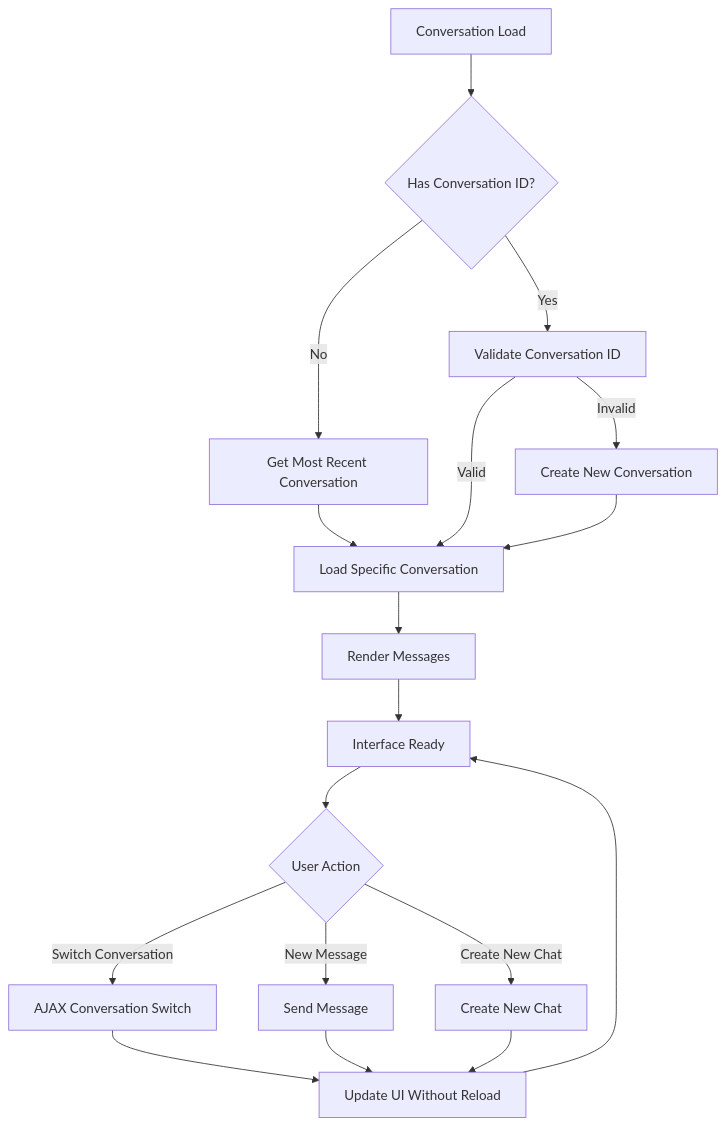
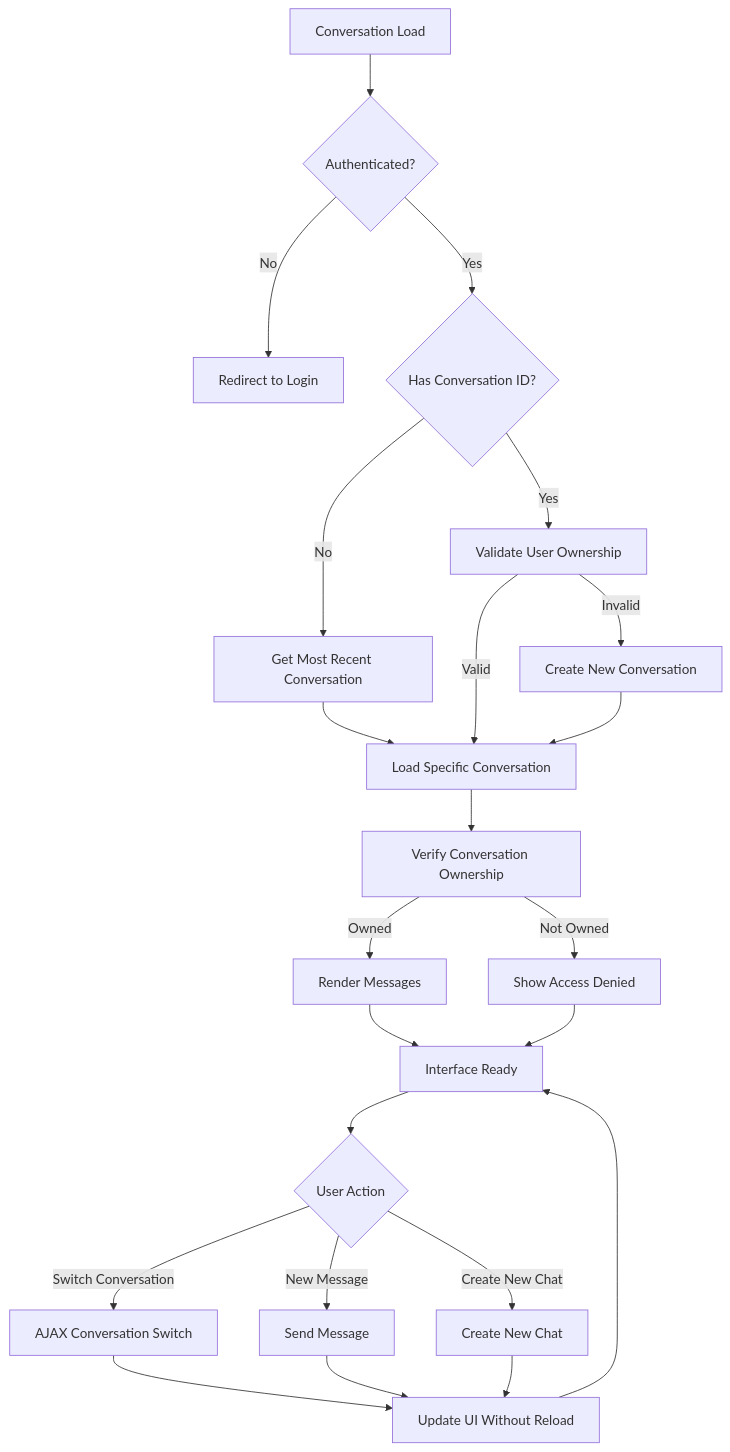
One commit to siimliimand/laravel-assistant changed the fifth of 8 diagrams in .qoder/repowiki/en/content/Frontend Development/Chat Interface System.md. Above: the diagram before and after it, drawn with Mermaid. The commit also changed other lines of this file and 5 other files, not shown here.

First line of the commit message:
feat(auth): integrate comprehensive user authentication and ownership validation

````diff
--- a/.qoder/repowiki/en/content/Frontend Development/Chat Interface System.md
+++ b/.qoder/repowiki/en/content/Frontend Development/Chat Interface System.md
@@ -331,20 +303,25 @@
 ```mermaid
 flowchart TD
-ConversationLoad[Conversation Load] --> CheckParams{Has Conversation ID?}
+ConversationLoad[Conversation Load] --> CheckAuth{Authenticated?}
+CheckAuth --> |No| RedirectLogin[Redirect to Login]
+CheckAuth --> |Yes| CheckParams{Has Conversation ID?}
 CheckParams --> |No| GetRecent[Get Most Recent Conversation]
-CheckParams --> |Yes| ValidateID[Validate Conversation ID]
-ValidateID --> |Valid| LoadConversation[Load Specific Conversation]
-ValidateID --> |Invalid| CreateNew[Create New Conversation]
+CheckParams --> |Yes| ValidateOwnership[Validate User Ownership]
+ValidateOwnership --> |Valid| LoadConversation[Load Specific Conversation]
+ValidateOwnership --> |Invalid| CreateNew[Create New Conversation]
 GetRecent --> LoadConversation
 CreateNew --> LoadConversation
-LoadConversation --> RenderMessages[Render Messages]
+LoadConversation --> VerifyOwnership[Verify Conversation Ownership]
+VerifyOwnership --> |Owned| RenderMessages[Render Messages]
+VerifyOwnership --> |Not Owned| ShowError[Show Access Denied]
 RenderMessages --> Ready[Interface Ready]
 Ready --> UserAction{User Action}
 UserAction --> |Switch Conversation| AjaxSwitch[AJAX Conversation Switch]
 UserAction --> |New Message| SendMessage[Send Message]
 UserAction --> |Create New Chat| AjaxNew[Create New Chat]
 AjaxSwitch --> UpdateUI[Update UI Without Reload]
 AjaxNew --> UpdateUI
 SendMessage --> UpdateUI
 UpdateUI --> Ready
+ShowError --> Ready
 ```
````
